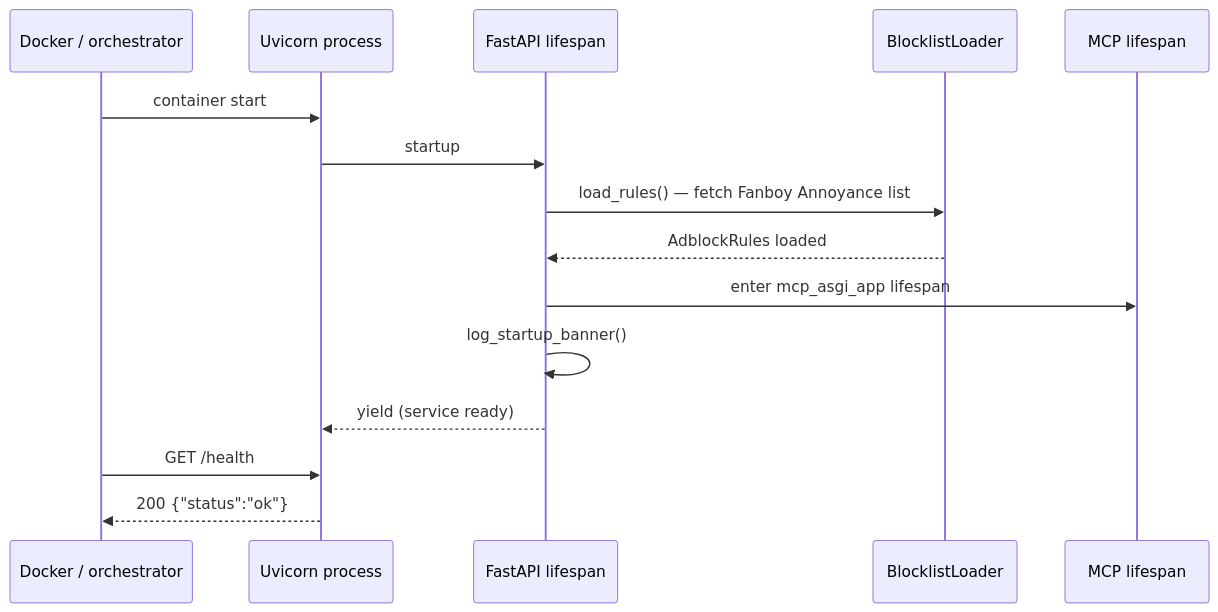
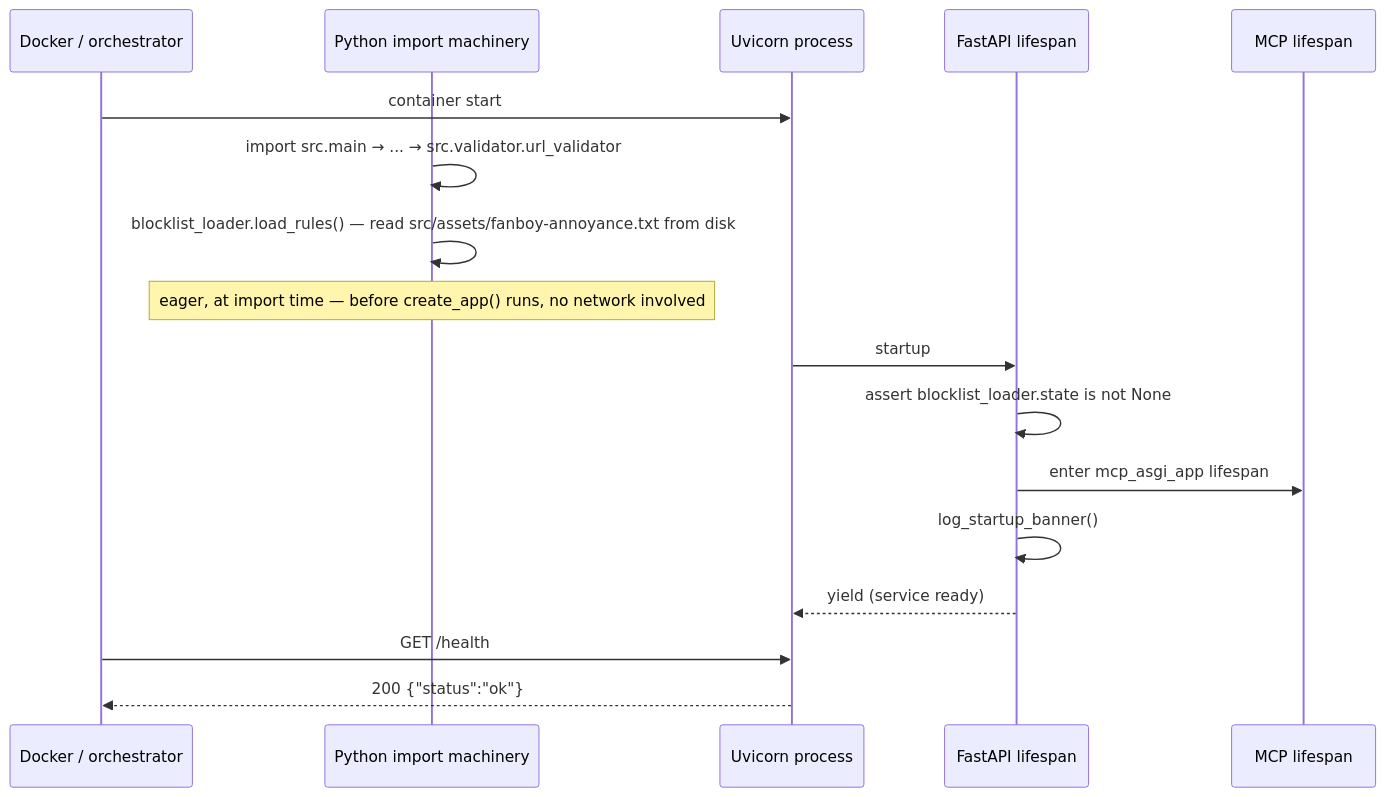
Before and after one commit to Lukk17/AscendAI: the first of 6 diagrams in AscendWebSearch/docs/architecture/arc42/06-runtime-view.md, drawn with Mermaid. The commit also changed other lines of this file and 28 other files, not shown here.

````diff
--- a/AscendWebSearch/docs/architecture/arc42/06-runtime-view.md
+++ b/AscendWebSearch/docs/architecture/arc42/06-runtime-view.md
@@ -7,18 +7,20 @@
 ```mermaid
 sequenceDiagram
     participant Docker as Docker / orchestrator
+    participant Python as Python import machinery
     participant Uvicorn as Uvicorn process
     participant Lifespan as FastAPI lifespan
-    participant Blocklist as BlocklistLoader
     participant MCP as MCP lifespan
 
     Docker->>Uvicorn: container start
+    Python->>Python: import src.main → ... → src.validator.url_validator
+    Python->>Python: blocklist_loader.load_rules() — read src/assets/fanboy-annoyance.txt from disk
+    Note over Python: eager, at import time — before create_app() runs, no network involved
     Uvicorn->>Lifespan: startup
-    Lifespan->>Blocklist: load_rules() — fetch Fanboy Annoyance list
-    Blocklist-->>Lifespan: AdblockRules loaded
+    Lifespan->>Lifespan: assert blocklist_loader.state is not None
     Lifespan->>MCP: enter mcp_asgi_app lifespan
     Lifespan->>Lifespan: log_startup_banner()
     Lifespan-->>Uvicorn: yield (service ready)
     Docker->>Uvicorn: GET /health
     Uvicorn-->>Docker: 200 {"status":"ok"}
 ```
````
